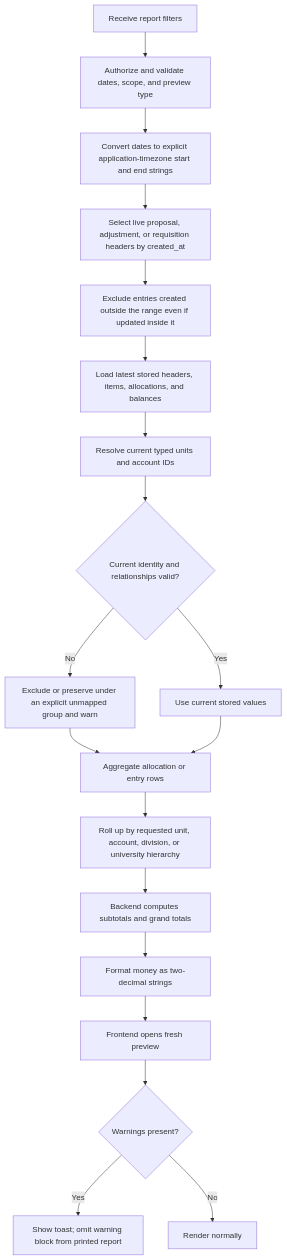
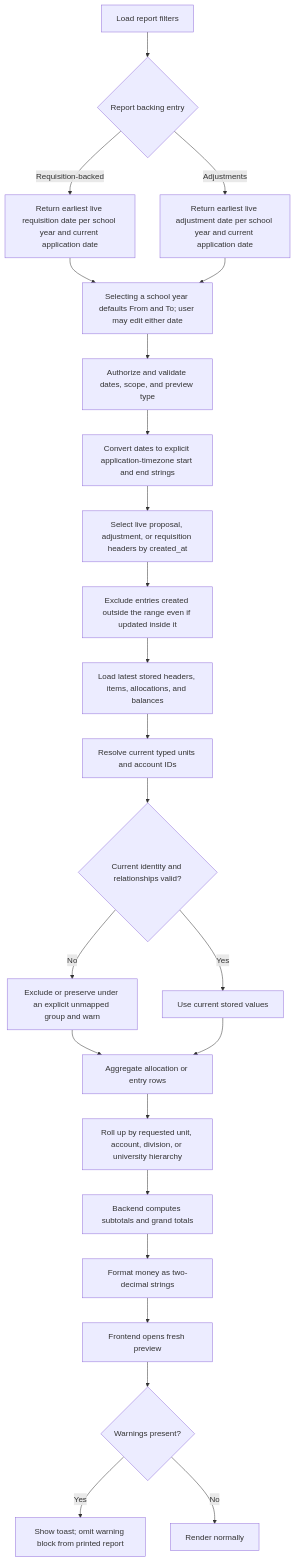
One commit to AdamsonUniversity-ITC/adulivev6-monorepo changed the seventh of 23 diagrams in docs/abms/flowcharts.md. Above: the diagram before and after it, drawn with Mermaid. The commit also changed other lines of this file and 43 other files, not shown here.

````diff
--- a/docs/abms/flowcharts.md
+++ b/docs/abms/flowcharts.md
@@ -118,21 +135,26 @@
 ```mermaid
 flowchart TD
-    A[Receive report filters] --> B[Authorize and validate dates, scope, and preview type]
+    A[Load report filters] --> AX{Report backing entry}
+    AX -- Requisition-backed --> AA[Return earliest live requisition date per school year and current application date]
+    AX -- Adjustments --> AA2[Return earliest live adjustment date per school year and current application date]
+    AA --> AB[Selecting a school year defaults From and To; user may edit either date]
+    AA2 --> AB
+    AB --> B[Authorize and validate dates, scope, and preview type]
     B --> C[Convert dates to explicit application-timezone start and end strings]
     C --> D[Select live proposal, adjustment, or requisition headers by created_at]
     D --> E[Exclude entries created outside the range even if updated inside it]
     E --> F[Load latest stored headers, items, allocations, and balances]
     F --> G[Resolve current typed units and account IDs]
     G --> H{Current identity and relationships valid?}
     H -- No --> J[Exclude or preserve under an explicit unmapped group and warn]
     H -- Yes --> K[Use current stored values]
     J --> L[Aggregate allocation or entry rows]
     K --> L
     L --> M[Roll up by requested unit, account, division, or university hierarchy]
     M --> N[Backend computes subtotals and grand totals]
     N --> O[Format money as two-decimal strings]
     O --> P[Frontend opens fresh preview]
     P --> Q{Warnings present?}
     Q -- Yes --> R[Show toast; omit warning block from printed report]
     Q -- No --> S[Render normally]
 ```
````
